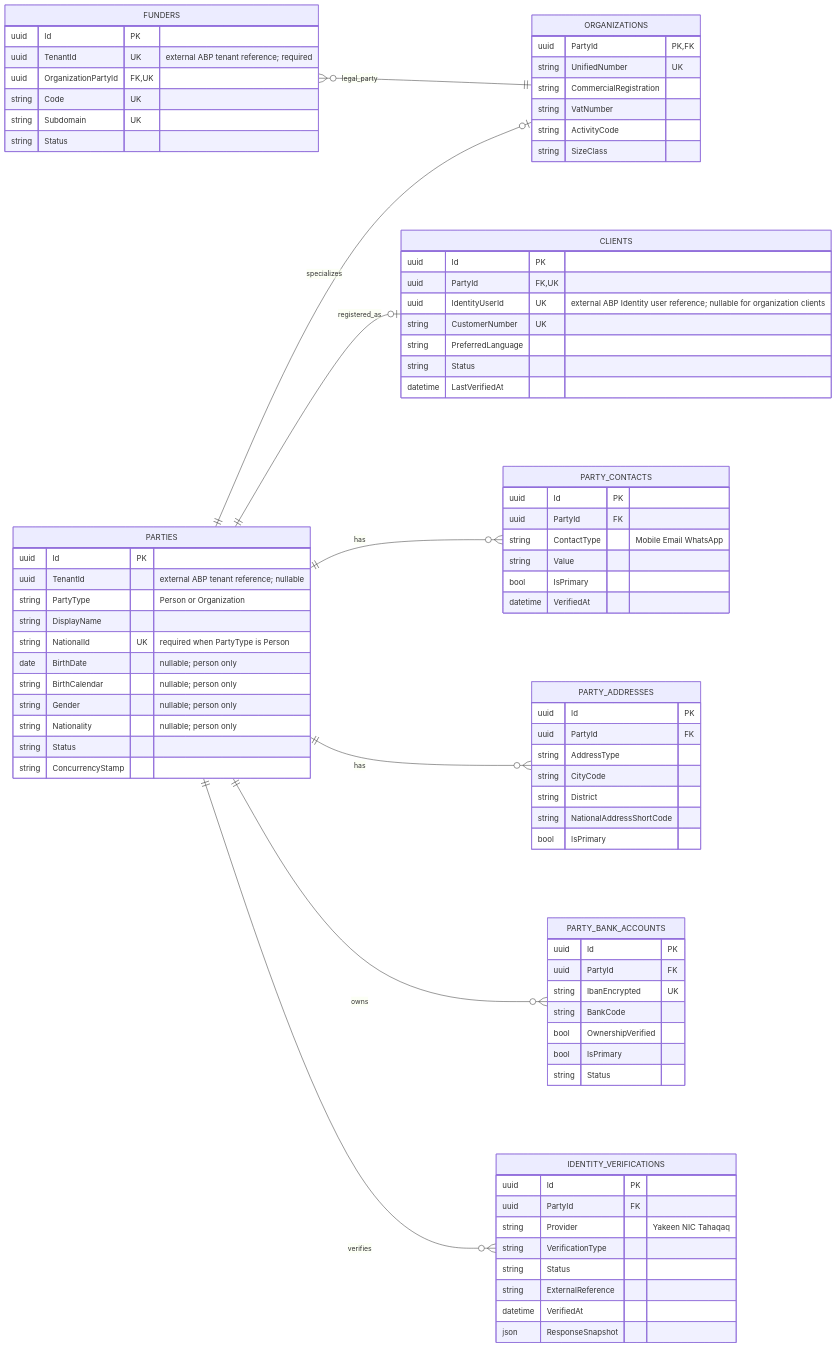
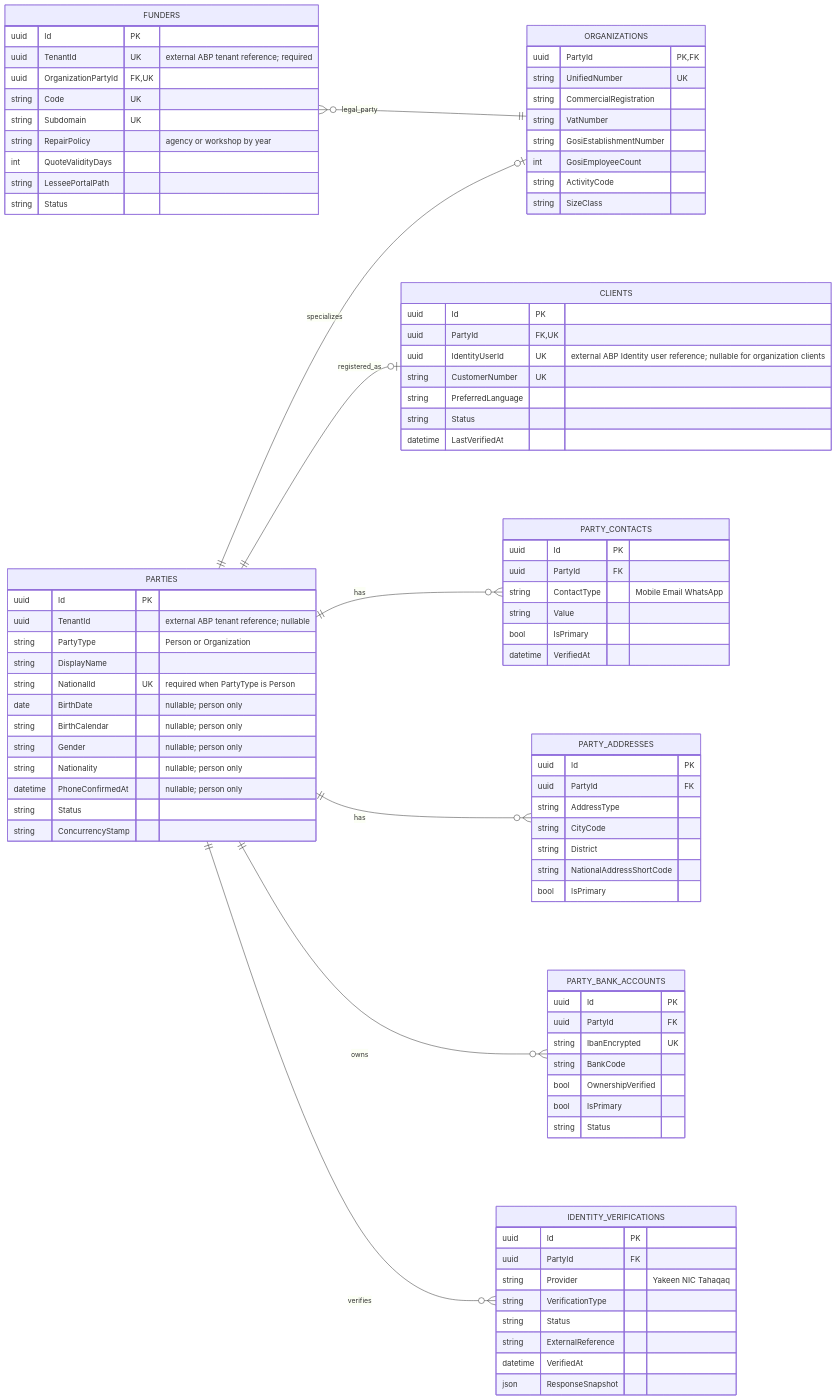
Before and after one commit to mahshokral7osam/Thiqatak_UI: the first of 7 diagrams in docs/Thiqatak.Business-ERD.md, drawn with Mermaid. The commit also changed other lines of this file and 5 other files, not shown here.

Commit message:
feat(erd): integrate Elm/NIC catalogs, ZATCA e-invoicing, business audit logs, and government integration fields

```diff
--- a/docs/Thiqatak.Business-ERD.md
+++ b/docs/Thiqatak.Business-ERD.md
@@ -43,6 +43,7 @@
         string BirthCalendar "nullable; person only"
         string Gender "nullable; person only"
         string Nationality "nullable; person only"
+        datetime PhoneConfirmedAt "nullable; person only"
         string Status
         string ConcurrencyStamp
     }
@@ -60,6 +61,8 @@
         string UnifiedNumber UK
         string CommercialRegistration
         string VatNumber
+        string GosiEstablishmentNumber
+        int GosiEmployeeCount
         string ActivityCode
         string SizeClass
     }
@@ -69,6 +72,9 @@
         uuid OrganizationPartyId FK, UK
         string Code UK
         string Subdomain UK
+        string RepairPolicy "agency or workshop by year"
+        int QuoteValidityDays
+        string LesseePortalPath
         string Status
     }
     PARTY_CONTACTS {
```
